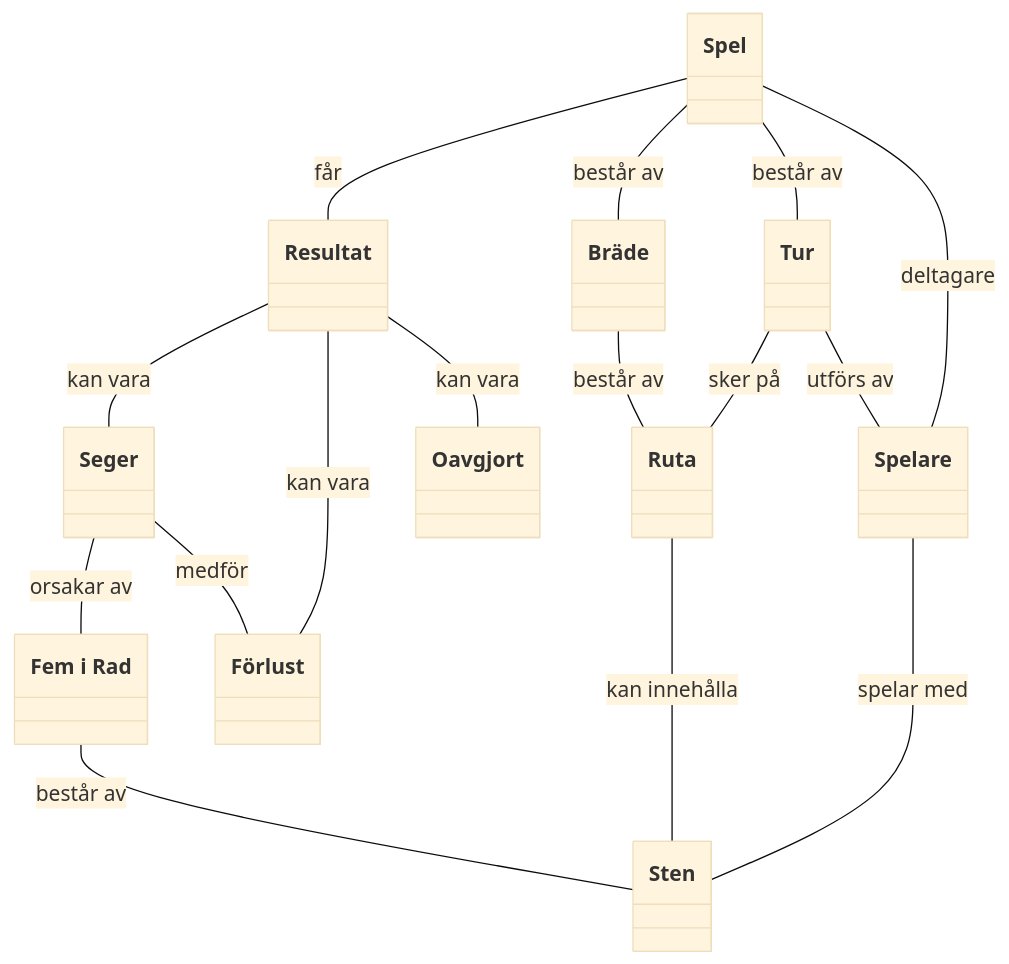
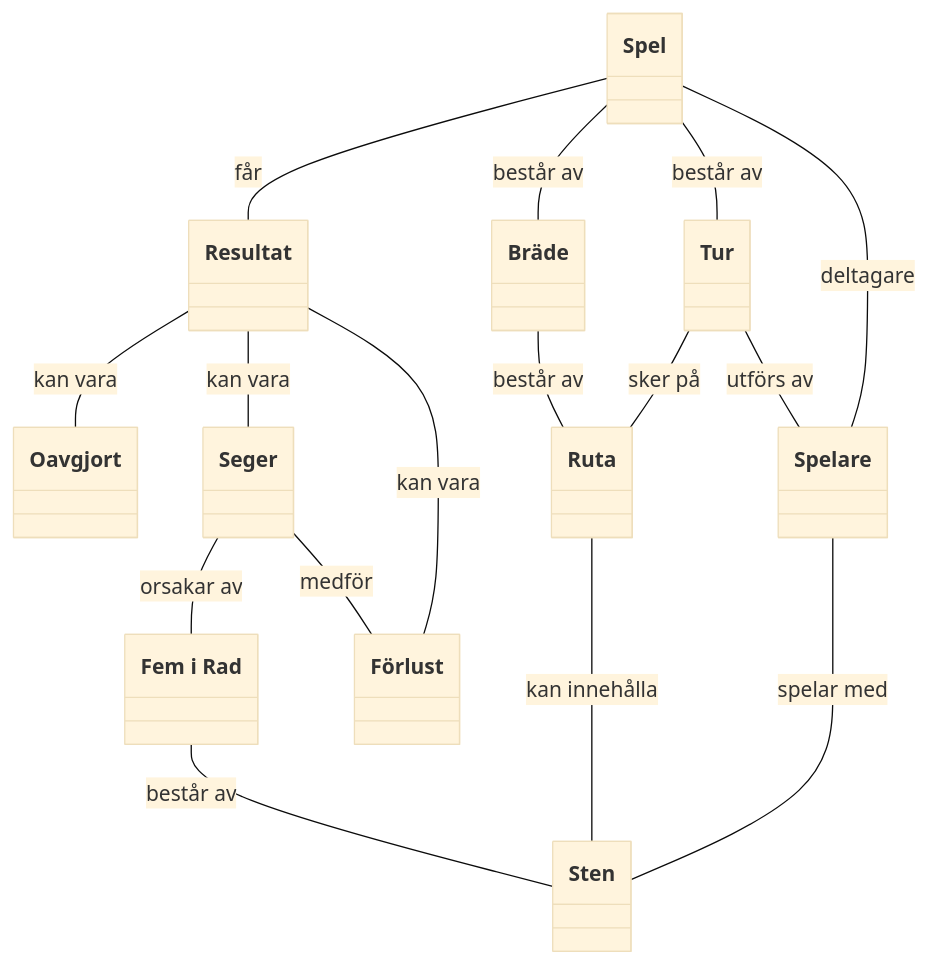
Before and after one commit to Wahlbin/gomokukravgrupp1: the diagram in docs/requirements/05-begreppsmodell.md, drawn with Mermaid (base theme). The commit also changed other lines of this file, not shown here.

````diff
--- a/docs/requirements/05-begreppsmodell.md
+++ b/docs/requirements/05-begreppsmodell.md
@@ -5,56 +5,56 @@
 ```mermaid
 classDiagram
     direction TB
 
     class Spel {
     }
 
     class Resultat {
     }
 
     class Spelare {
     }
 
     class Bräde {
     }
 
     class Ruta {
     }
 
     class Sten {
     }
 
     class Tur {
     }
 
     class Seger {
     }
 
     class Förlust {
     }
 
     class Oavgjort {
     }
 
 
     class 5iRad["Fem i Rad"] {
     }
 
    
 
     Spel -- Resultat : får
     Spel -- Bräde : består av
     Spel -- Tur : består av
     Bräde -- Ruta : består av
     Ruta -- Sten : kan innehålla
     Tur -- Ruta : sker på
     Tur -- Spelare : utförs av
+    Resultat -- Oavgjort : kan vara
     Resultat -- Seger : kan vara
     Resultat -- Förlust :kan vara
     Seger -- 5iRad : orsakar av
     Seger -- Förlust : medför
-    Resultat -- Oavgjort : kan vara
     5iRad -- Sten : består av
     Spel -- Spelare : deltagare
     Spelare -- Sten : spelar med
 ```
````
